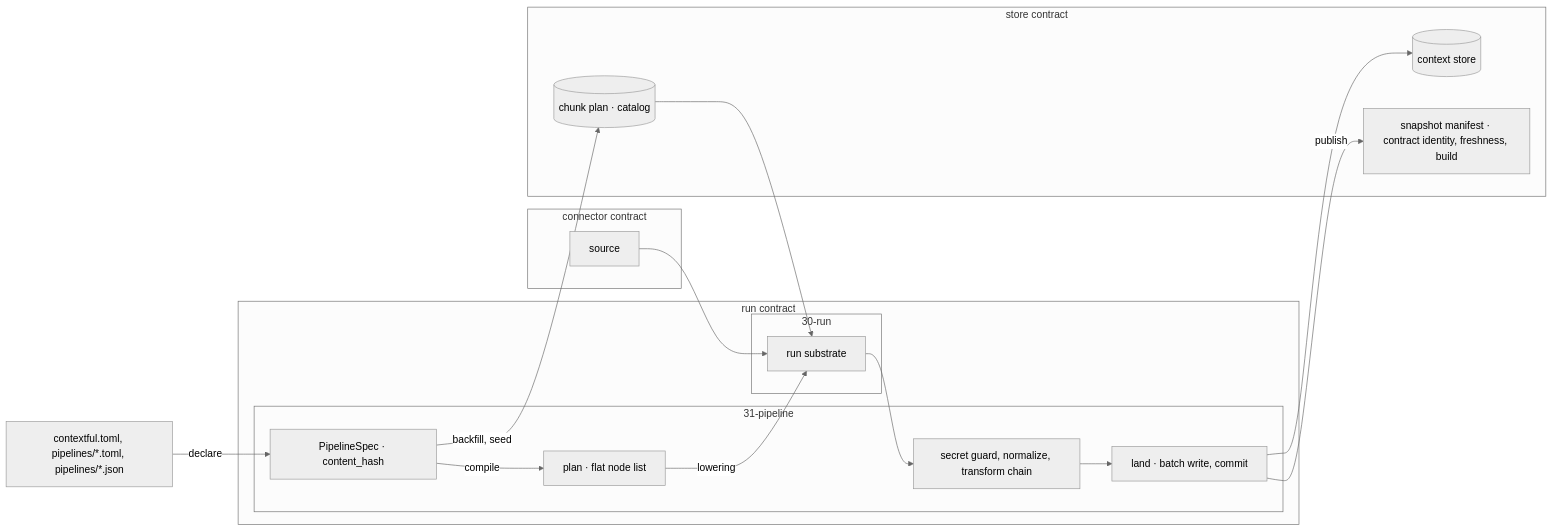
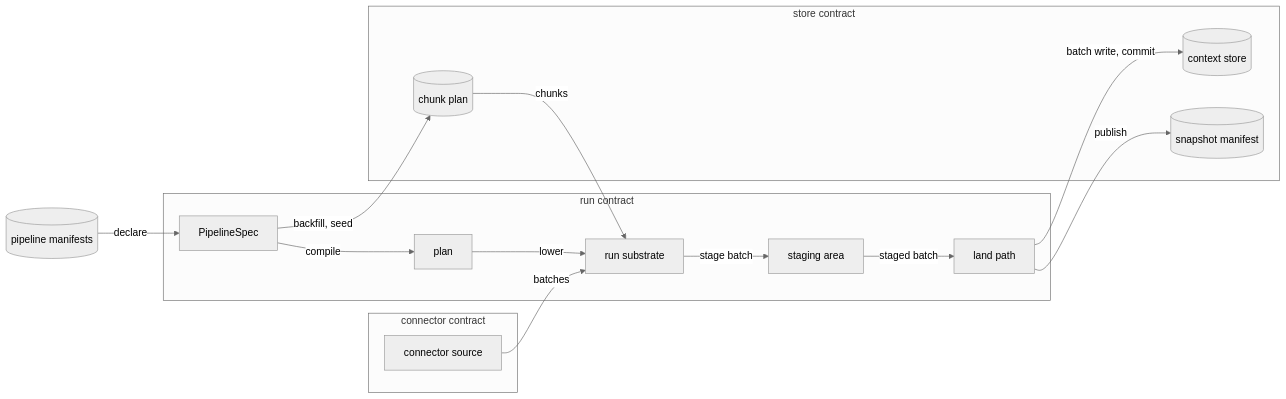
One commit to fractalboxdev/contextful changed the first of 4 diagrams in spec/31-pipeline.md. Above: the diagram before and after it, drawn with Mermaid (neutral theme). The commit also changed other lines of this file and 44 other files, not shown here.

First line of the commit message:
spec: diagrams draw entities and flows, and the checker enforces it (#12)

````diff
--- a/spec/31-pipeline.md
+++ b/spec/31-pipeline.md
@@ -23,32 +23,28 @@
 ```mermaid
 flowchart LR
-  MF["contextful.toml, pipelines/*.toml, pipelines/*.json"] -->|declare| SPEC
+  MF[("pipeline manifests")] -->|"declare"| SPEC
   subgraph CONN["connector contract"]
-    SRC["source"]
+    SRC["connector source"]
   end
   subgraph RUNC["run contract"]
-    subgraph P31["31-pipeline"]
-      SPEC["PipelineSpec · content_hash"]
-      PLAN["plan · flat node list"]
-      ST["secret guard, normalize, transform chain"]
-      LAND["land · batch write, commit"]
-    end
-    subgraph R30["30-run"]
-      RUN["run substrate"]
-    end
+    SPEC["PipelineSpec"]
+    PLAN["plan"]
+    RUN["run substrate"]
+    ST["staging area"]
+    LAND["land path"]
   end
   subgraph STORE["store contract"]
-    CH[("chunk plan · catalog")]
+    CH[("chunk plan")]
     CS[("context store")]
-    MAN["snapshot manifest · contract identity, freshness, build"]
+    MAN[("snapshot manifest")]
   end
-  SPEC -->|compile| PLAN
-  PLAN -->|"lowering"| RUN
+  SPEC -->|"compile"| PLAN
+  PLAN -->|"lower"| RUN
   SPEC -->|"backfill, seed"| CH
-  CH --> RUN
-  SRC --> RUN
-  RUN --> ST
-  ST --> LAND
-  LAND --> CS
-  LAND -->|publish| MAN
+  CH -->|"chunks"| RUN
+  SRC -->|"batches"| RUN
+  RUN -->|"stage batch"| ST
+  ST -->|"staged batch"| LAND
+  LAND -->|"batch write, commit"| CS
+  LAND -->|"publish"| MAN
 ```
````
